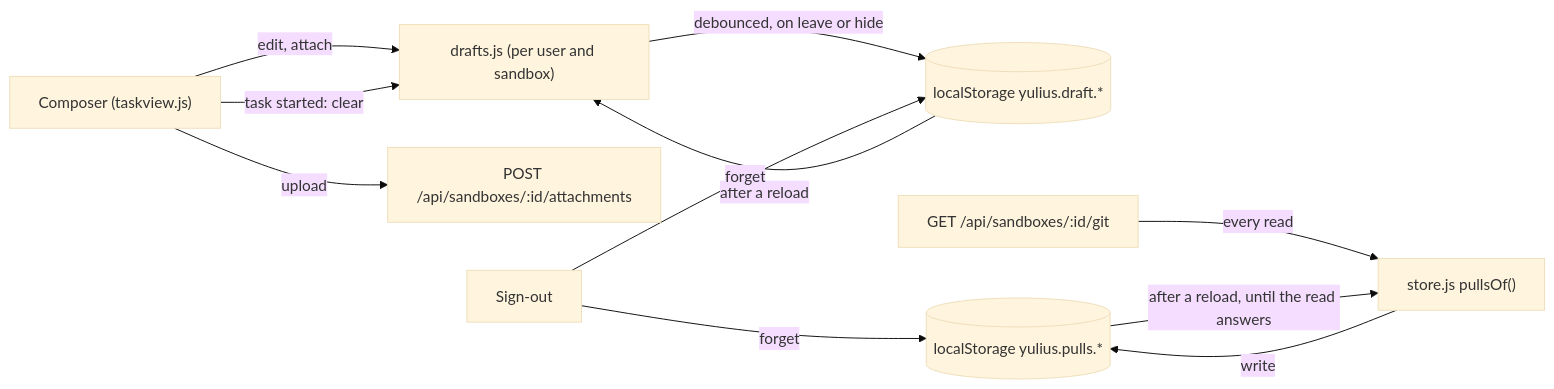
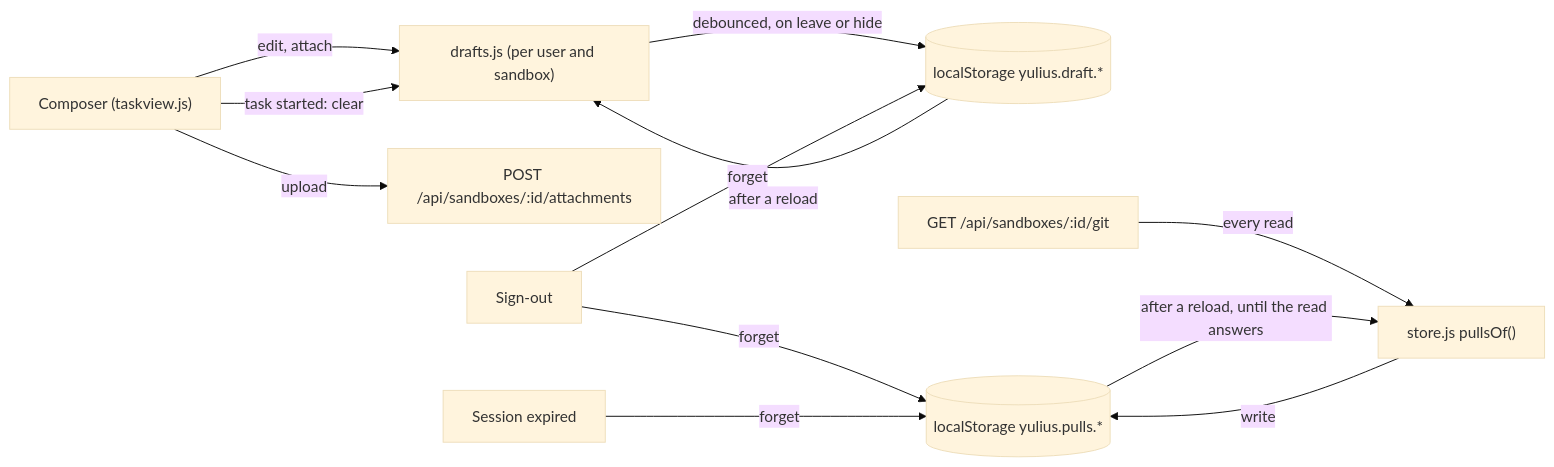
Before and after one commit to Quartio-Studio/yulius: diagram 13 of 17 in docs/architecture.md, drawn with Mermaid (base theme). The commit also changed other lines of this file and 6 other files, not shown here.

````diff
--- a/docs/architecture.md
+++ b/docs/architecture.md
@@ -407,13 +408,14 @@
 ```mermaid
 flowchart LR
   C["Composer (taskview.js)"] -->|"edit, attach"| D["drafts.js (per user and sandbox)"]
   C -->|"upload"| U["POST /api/sandboxes/:id/attachments"]
   D -->|"debounced, on leave or hide"| LS[("localStorage yulius.draft.*")]
   LS -->|"after a reload"| D
   C -->|"task started: clear"| D
   SO["Sign-out"] -->|"forget"| LS
   G["GET /api/sandboxes/:id/git"] -->|"every read"| P["store.js pullsOf()"]
   P -->|"write"| LP[("localStorage yulius.pulls.*")]
   LP -->|"after a reload, until the read answers"| P
   SO -->|"forget"| LP
+  EX["Session expired"] -->|"forget"| LP
 ```
````
